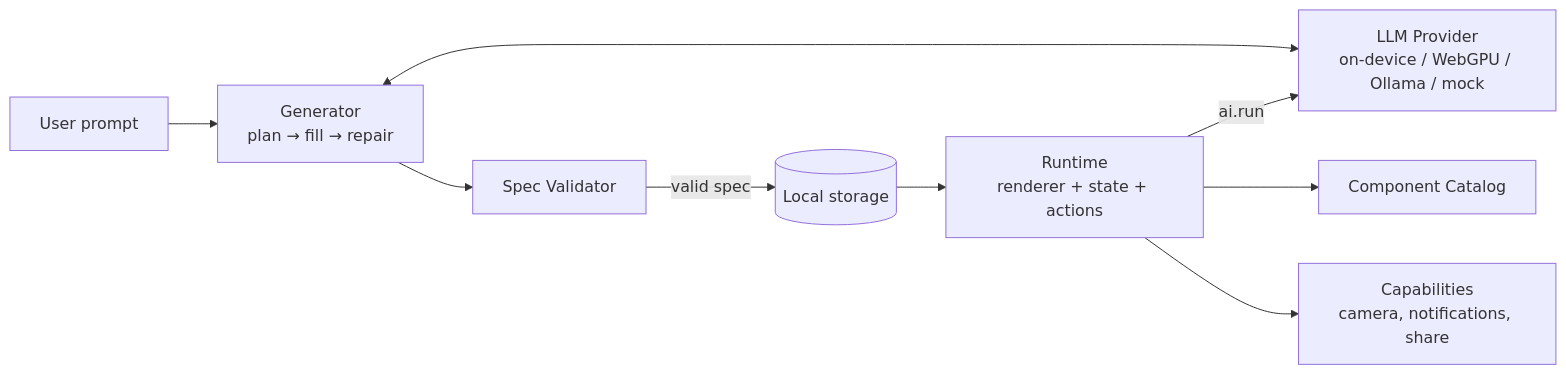
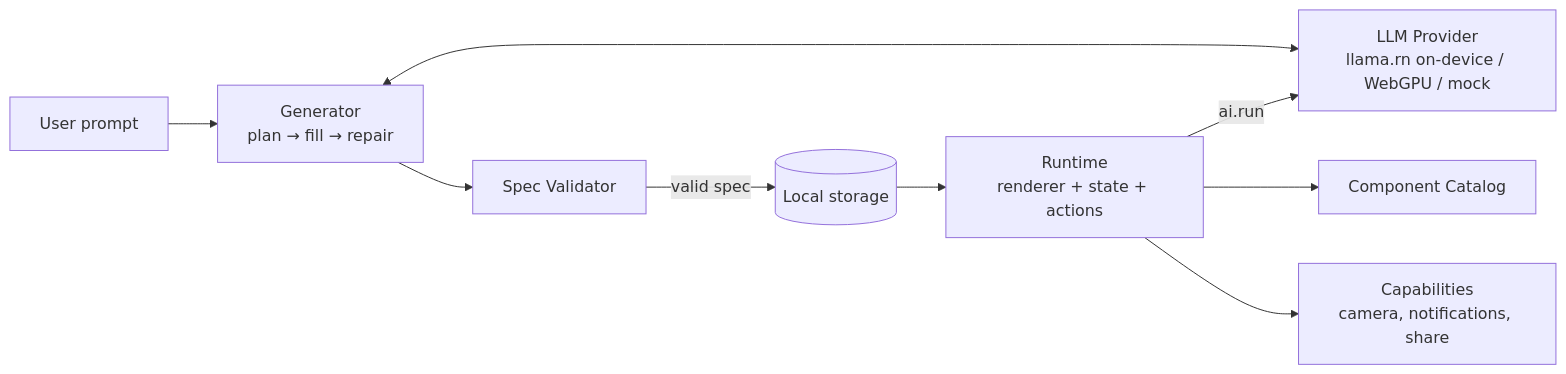
Before and after one commit to ru-das/jackapp: the first of 2 diagrams in docs/ARCHITECTURE.md, drawn with Mermaid. The commit also changed other lines of this file and 13 other files, not shown here.

Commit message:
docs: llama.rn native, no Ollama (ADR-012)

````diff
--- a/docs/ARCHITECTURE.md
+++ b/docs/ARCHITECTURE.md
@@ -11,11 +11,11 @@
 ```mermaid
 flowchart LR
   U[User prompt] --> G[Generator<br/>plan → fill → repair]
-  G <--> P[LLM Provider<br/>on-device / WebGPU / Ollama / mock]
+  G <--> P[LLM Provider<br/>llama.rn on-device / WebGPU / mock]
   G --> V[Spec Validator]
   V -->|valid spec| S[(Local storage)]
   S --> R[Runtime<br/>renderer + state + actions]
   R --> C[Component Catalog]
   R -->|ai.run| P
   R --> K[Capabilities<br/>camera, notifications, share]
 ```
````
